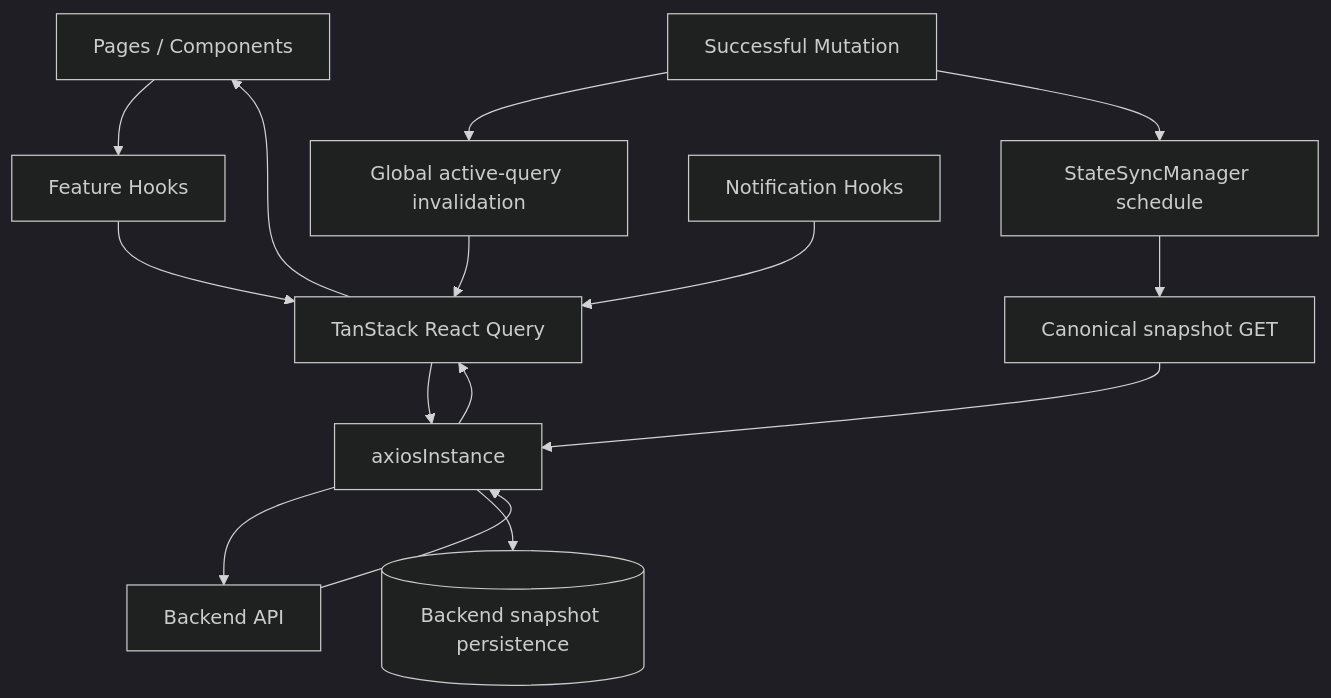
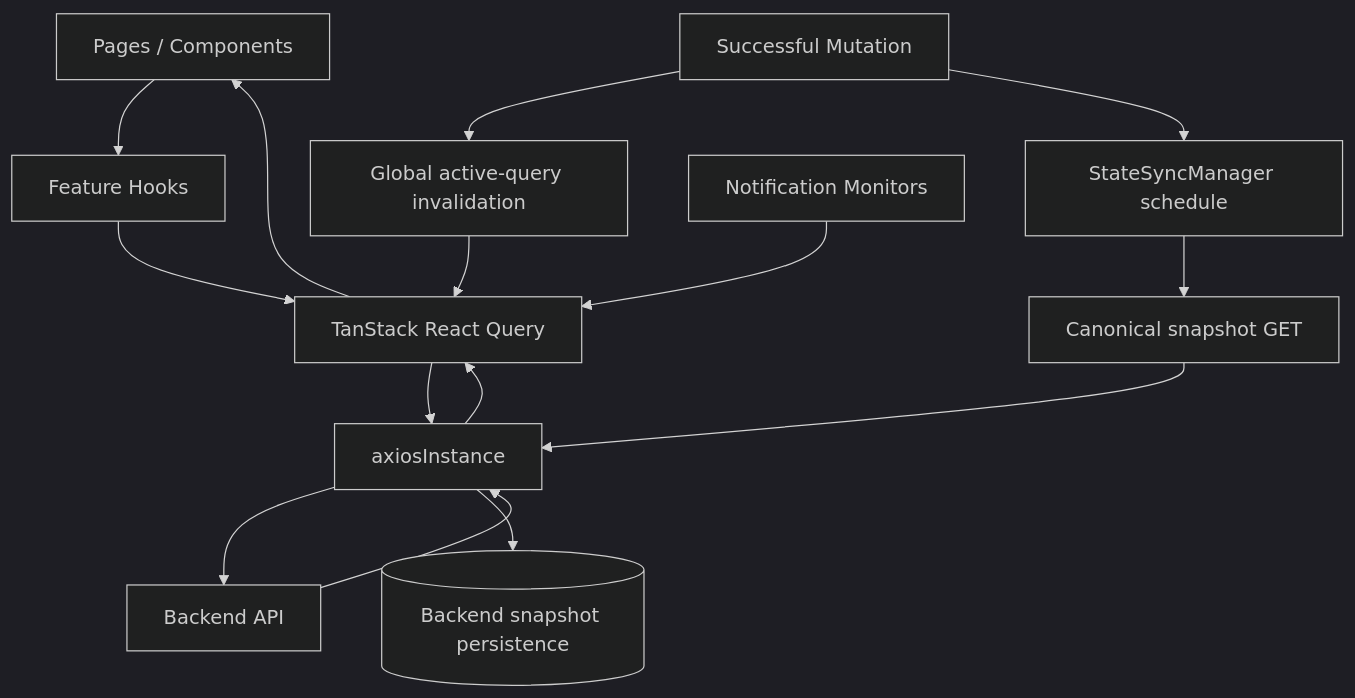
The first of 2 diagrams in docs/04-core-flows/server-state-and-cache.md (SARD-81/Soho_UI), drawn with Mermaid (dark theme) before and after one commit. The commit also changed other lines of this file, not shown here.

````diff
--- a/docs/04-core-flows/server-state-and-cache.md
+++ b/docs/04-core-flows/server-state-and-cache.md
@@ -17,21 +17,21 @@
 ```mermaid
 flowchart TD
     UI[Pages / Components] --> H[Feature Hooks]
     H --> RQ[TanStack React Query]
     RQ --> AX[axiosInstance]
     AX --> API[Backend API]
 
     API --> AX
     AX --> RQ
     RQ --> UI
 
     M[Successful Mutation] --> GI[Global active-query invalidation]
     M --> SS[StateSyncManager schedule]
 
     GI --> RQ
     SS --> SNAP[Canonical snapshot GET]
     SNAP --> AX
     AX --> DB[(Backend snapshot persistence)]
 
-    N[Notification Hooks] --> RQ
+    N[Notification Monitors] --> RQ
 ```
````
